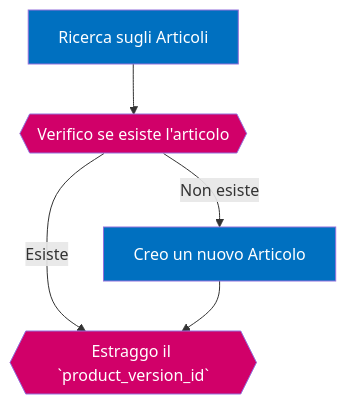
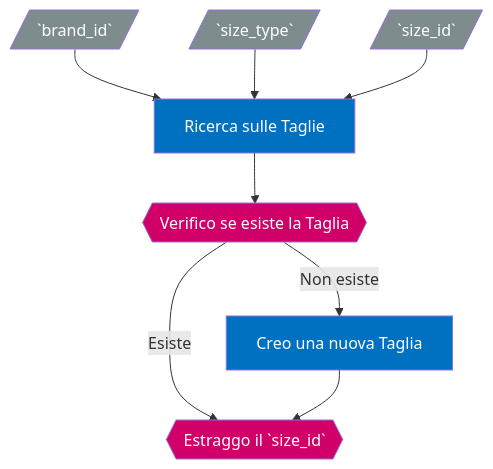
The sixth of 7 diagrams in how_to/import_products.md (phoenixweb/Crystal), drawn with Mermaid before and after one commit. The commit also changed other lines of this file, not shown here.

````diff
--- a/how_to/import_products.md
+++ b/how_to/import_products.md
@@ -293,13 +437,20 @@
 ```mermaid
 graph TD;
- A[Ricerca sugli Articoli]:::action;
- B{{Verifico se esiste l'articolo}}:::logic;
- C[Creo un nuovo Articolo]:::action;
- D{{Estraggo il `product_version_id`}}:::logic;
- A-->B;
- B-->|Esiste|D;
- B-->|Non esiste|C;
- C-->D;
- classDef action fill:#0070C0,color:#FFF;
- classDef logic fill:#D10069,color:#FFF;
+	A[/`brand_id`/]:::input;
+	B[/`size_type`/]:::input;
+	C[/`size_id`/]:::input;
+	D[Ricerca sulle Taglie]:::action;
+	E{{Verifico se esiste la Taglia}}:::logic;
+	G[Creo una nuova Taglia]:::action;
+	I{{Estraggo il `size_id`}}:::logic;
+	A-->D;
+	B-->D;
+	C-->D;
+	D-->E;
+	E-->|Esiste|I;
+	E-->|Non esiste|G;
+	G-->I;
+	classDef input fill:#7F8C8D,color:#FFF;
+	classDef action fill:#0070C0,color:#FFF;
+	classDef logic fill:#D10069,color:#FFF;
 ```
````
